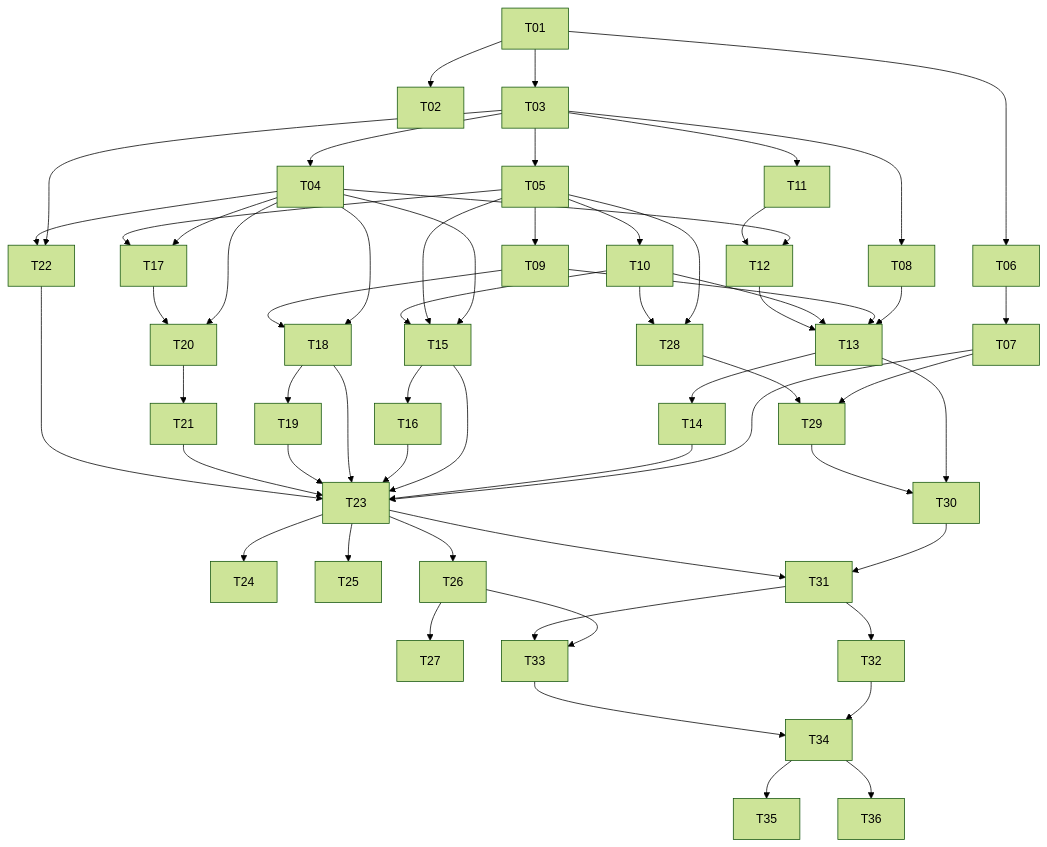
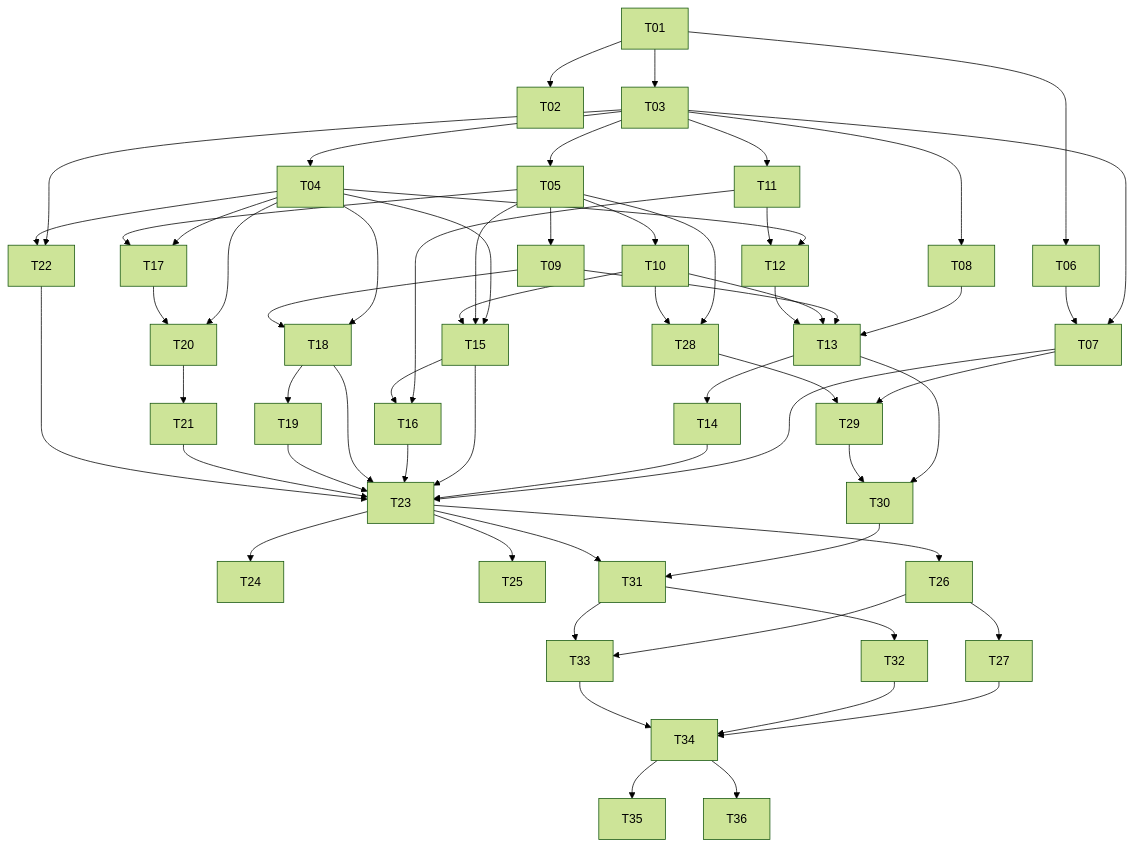
The diagram in docs/tasks-plan.md (agentsky/agent-core), drawn with Mermaid (forest theme) before and after one commit. The commit also changed other lines of this file, not shown here.

````diff
--- a/docs/tasks-plan.md
+++ b/docs/tasks-plan.md
@@ -351,61 +382,64 @@
 ```mermaid
 graph TD
     T01 --> T02
     T01 --> T03
     T03 --> T04
     T03 --> T05
     T01 --> T06
+    T03 --> T07
     T06 --> T07
     T03 --> T08
     T05 --> T09
     T05 --> T10
     T03 --> T11
     T04 --> T12
     T11 --> T12
     T08 --> T13
     T09 --> T13
     T10 --> T13
     T12 --> T13
     T13 --> T14
     T04 --> T15
     T05 --> T15
     T10 --> T15
+    T11 --> T16
     T15 --> T16
     T04 --> T17
     T05 --> T17
     T04 --> T18
     T09 --> T18
     T18 --> T19
     T04 --> T20
     T17 --> T20
     T20 --> T21
     T03 --> T22
     T04 --> T22
     T07 --> T23
     T14 --> T23
     T15 --> T23
     T16 --> T23
     T18 --> T23
     T19 --> T23
     T21 --> T23
     T22 --> T23
     T23 --> T24
     T23 --> T25
     T23 --> T26
     T26 --> T27
     T05 --> T28
     T10 --> T28
     T07 --> T29
     T28 --> T29
     T13 --> T30
     T29 --> T30
     T30 --> T31
     T23 --> T31
     T31 --> T32
     T26 --> T33
     T31 --> T33
+    T27 --> T34
     T32 --> T34
     T33 --> T34
     T34 --> T35
     T34 --> T36
 ```
````
